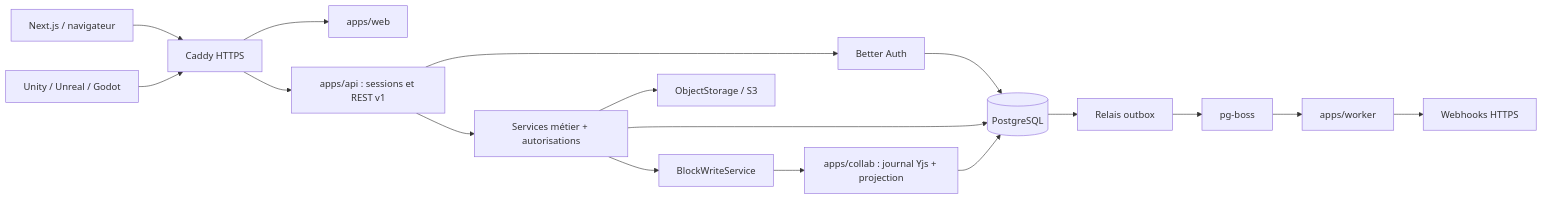
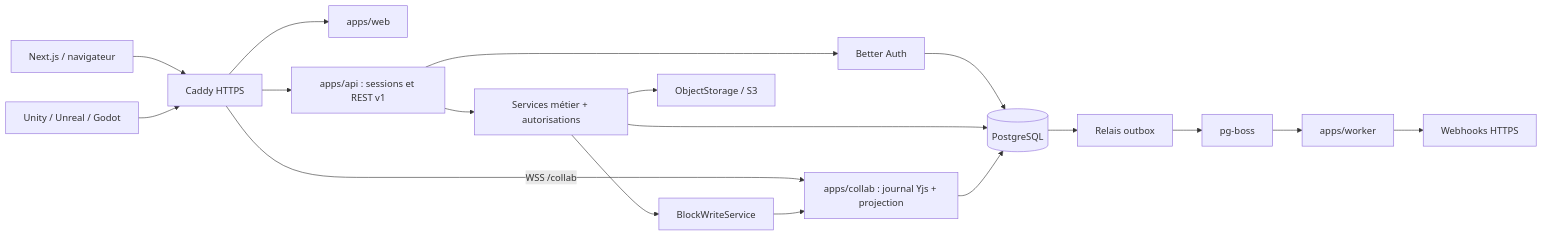
Before and after one commit to FoxTimew/Memoria: the first of 2 diagrams in ARCHITECTURE.md, drawn with Mermaid. The commit also changed other lines of this file and 11 other files, not shown here.

````diff
--- a/ARCHITECTURE.md
+++ b/ARCHITECTURE.md
@@ -35,19 +35,20 @@
 ```mermaid
 flowchart LR
   Browser[Next.js / navigateur] --> Caddy[Caddy HTTPS]
   Engine[Unity / Unreal / Godot] --> Caddy
   Caddy --> Web[apps/web]
+  Caddy -->|WSS /collab| Collab
   Caddy --> API[apps/api : sessions et REST v1]
   API --> Auth[Better Auth]
   API --> Services[Services métier + autorisations]
   Services --> Writer[BlockWriteService]
   Auth --> PG[(PostgreSQL)]
   Services --> PG
   Writer --> Collab[apps/collab : journal Yjs + projection]
   Collab --> PG
   PG --> Relay[Relais outbox]
   Relay --> Boss[pg-boss]
   Boss --> Worker[apps/worker]
   Worker --> Hooks[Webhooks HTTPS]
   Services --> Storage[ObjectStorage / S3]
 ```
````
